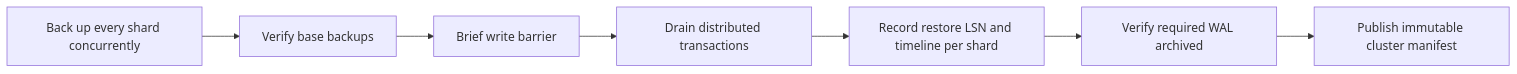
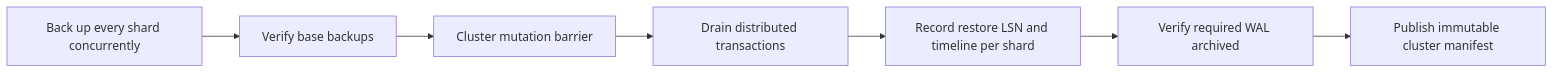
One commit to andrew01234567890/pgshard changed the diagram in website/docs/operations/backup-restore.md. Above: the diagram before and after it, drawn with Mermaid. The commit also changed other lines of this file and 31 other files, not shown here.

````diff
--- a/website/docs/operations/backup-restore.md
+++ b/website/docs/operations/backup-restore.md
@@ -14,9 +21,9 @@
 ```mermaid
 flowchart LR
   B[Back up every shard concurrently] --> V[Verify base backups]
-  V --> G[Brief write barrier]
+  V --> G[Cluster mutation barrier]
   G --> D[Drain distributed transactions]
   D --> L[Record restore LSN and timeline per shard]
   L --> W[Verify required WAL archived]
   W --> M[Publish immutable cluster manifest]
 ```
````
